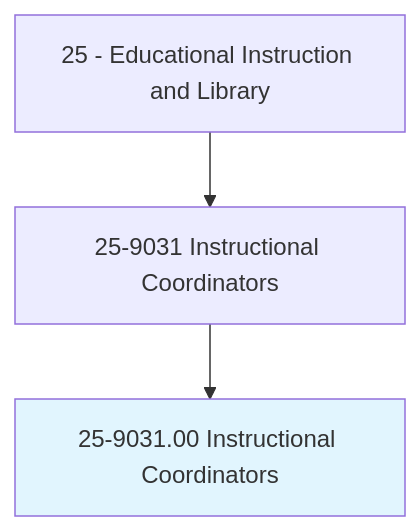
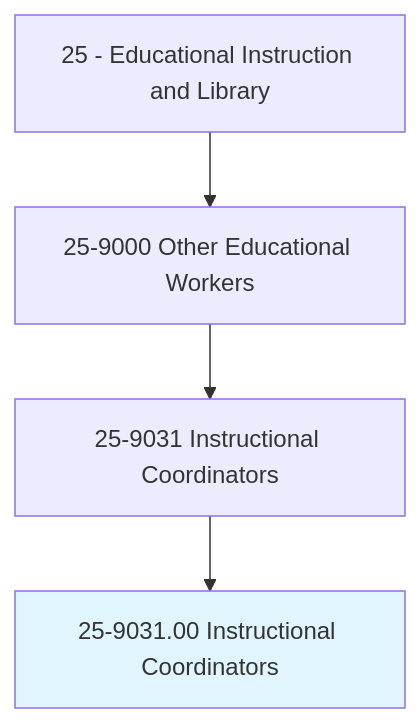
One commit to kziemski/business.org.ai changed the first of 4 diagrams in occupations/Education/InstructionalCoordinators.mdx. Above: the diagram before and after it, drawn with Mermaid. The commit also changed other lines of this file and 938 other files, not shown here.

````diff
--- a/occupations/Education/InstructionalCoordinators.mdx
+++ b/occupations/Education/InstructionalCoordinators.mdx
@@ -19,6 +23,7 @@
 ```mermaid
 graph TD
-    Cat25["25 - Educational Instruction and Library"] --> Group259031["25-9031 Instructional Coordinators"]
+    Cat25["25 - Educational Instruction and Library"] --> Group259["25-9000 Other Educational Workers"]
+    Group259 --> Group259031["25-9031 Instructional Coordinators"]
     Group259031 --> Current["25-9031.00 Instructional Coordinators"]
     style Current fill:#e1f5fe
 ```
````
